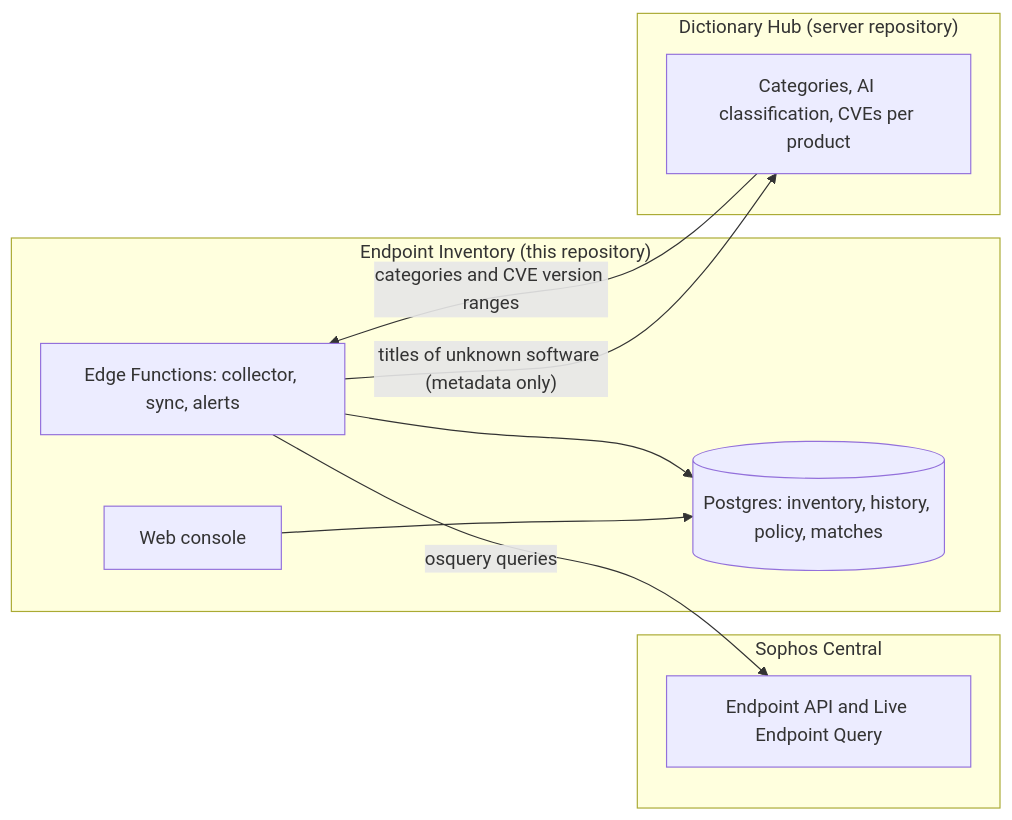
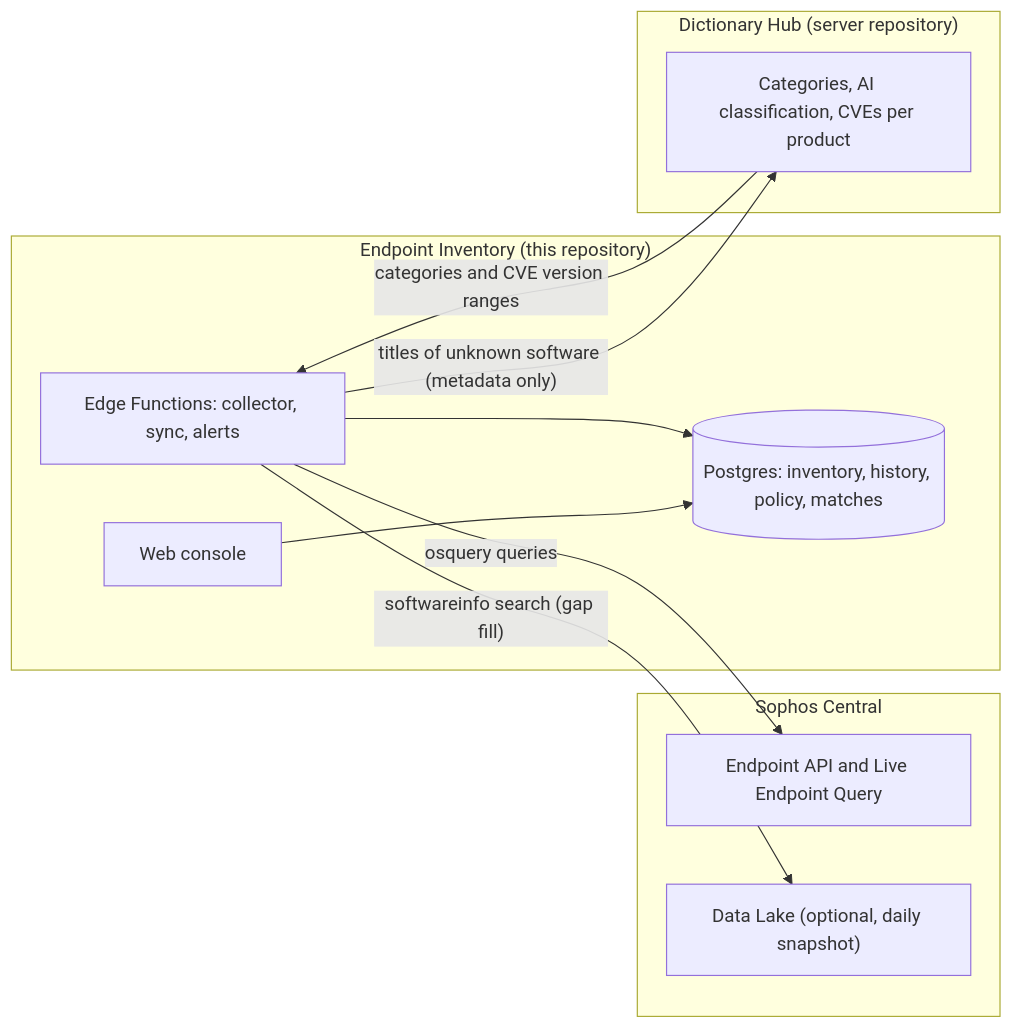
Before and after one commit to loardracoon/software-inventory-client: the diagram in README.md, drawn with Mermaid. The commit also changed other lines of this file, not shown here.

First line of the commit message:
README: Data Lake gap fill and secret scanning

````diff
--- a/README.md
+++ b/README.md
@@ -66,19 +67,21 @@
 ```mermaid
 flowchart LR
   subgraph Sophos["Sophos Central"]
     API["Endpoint API and Live Endpoint Query"]
+    DL["Data Lake (optional, daily snapshot)"]
   end
   subgraph App["Endpoint Inventory (this repository)"]
     Console["Web console"]
     Functions["Edge Functions: collector, sync, alerts"]
     DB[("Postgres: inventory, history, policy, matches")]
   end
   subgraph Hub["Dictionary Hub (server repository)"]
     Dictionary["Categories, AI classification, CVEs per product"]
   end
   Console --> DB
   Functions -- "osquery queries" --> API
+  Functions -- "softwareinfo search (gap fill)" --> DL
   Functions --> DB
   Functions -- "titles of unknown software (metadata only)" --> Dictionary
   Dictionary -- "categories and CVE version ranges" --> Functions
 ```
````
